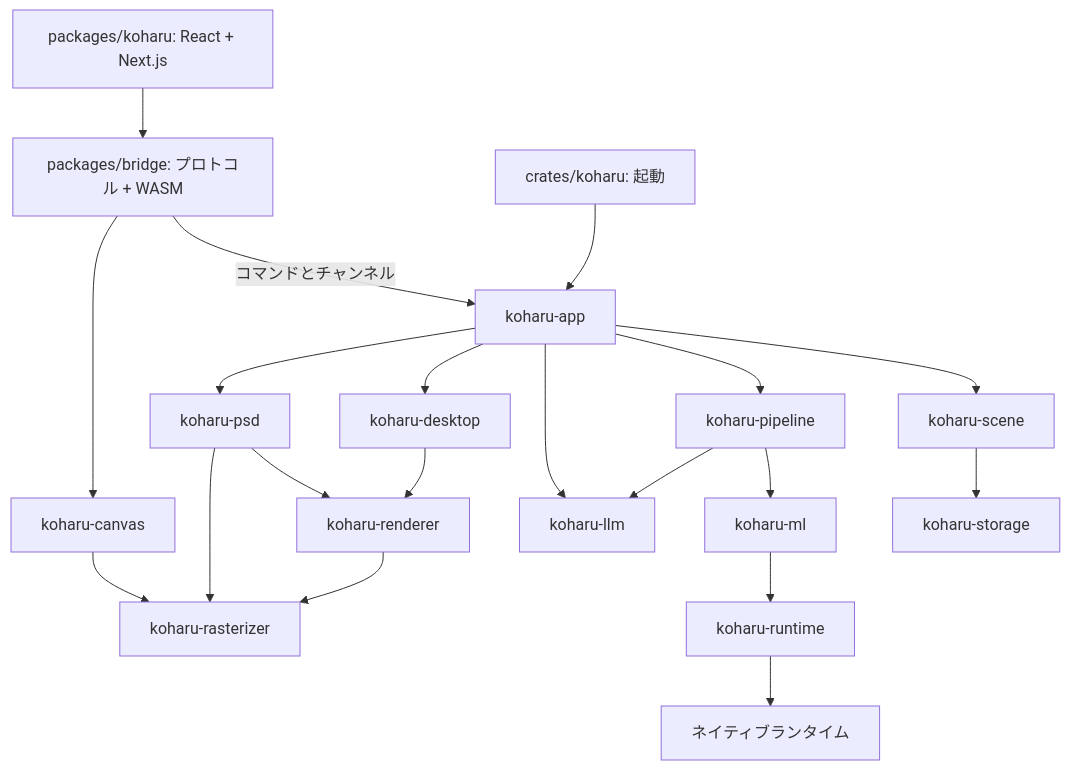
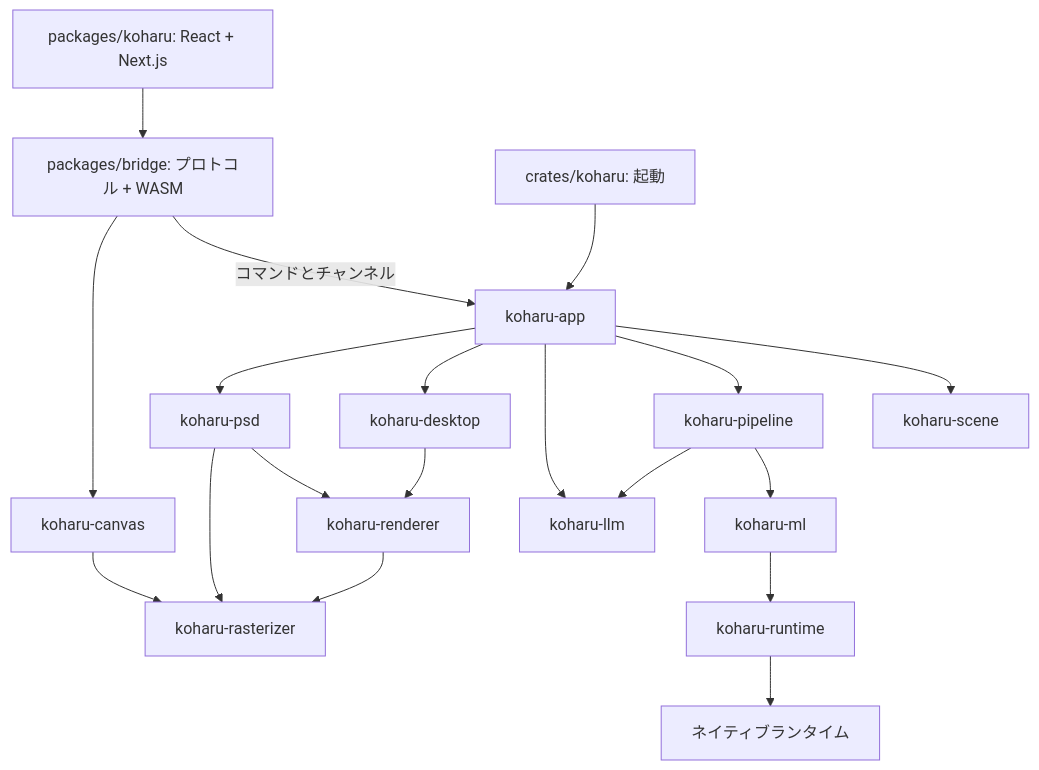
The diagram in packages/docs/ja/development/architecture.mdx (koharu-rs/koharu), drawn with Mermaid before and after one commit. The commit also changed other lines of this file and 76 other files, not shown here.

Commit message:
refactor(scene)!: rewrite koharu-scene on imbl and SQLite with a nested layer tree, and remove koharu-storage

````diff
--- a/packages/docs/ja/development/architecture.mdx
+++ b/packages/docs/ja/development/architecture.mdx
@@ -9,14 +9,14 @@
 ```mermaid
 flowchart TB
   ui["packages/koharu: React + Next.js"] --> bridge["packages/bridge: プロトコル + WASM"]
   entry["crates/koharu: 起動"] --> app["koharu-app"]
   bridge -->|"コマンドとチャンネル"| app
-  app --> scene["koharu-scene"] --> storage["koharu-storage"]
+  app --> scene["koharu-scene"]
   app --> pipeline["koharu-pipeline"] --> ml["koharu-ml"] --> runtime["koharu-runtime"] --> native["ネイティブランタイム"]
   app --> llm["koharu-llm"]
   pipeline --> llm
   app --> desktop["koharu-desktop"] --> renderer["koharu-renderer"] --> rasterizer["koharu-rasterizer"]
   bridge --> canvas["koharu-canvas"] --> rasterizer
   app --> psd["koharu-psd"] --> renderer
   psd --> rasterizer
 ```
````
